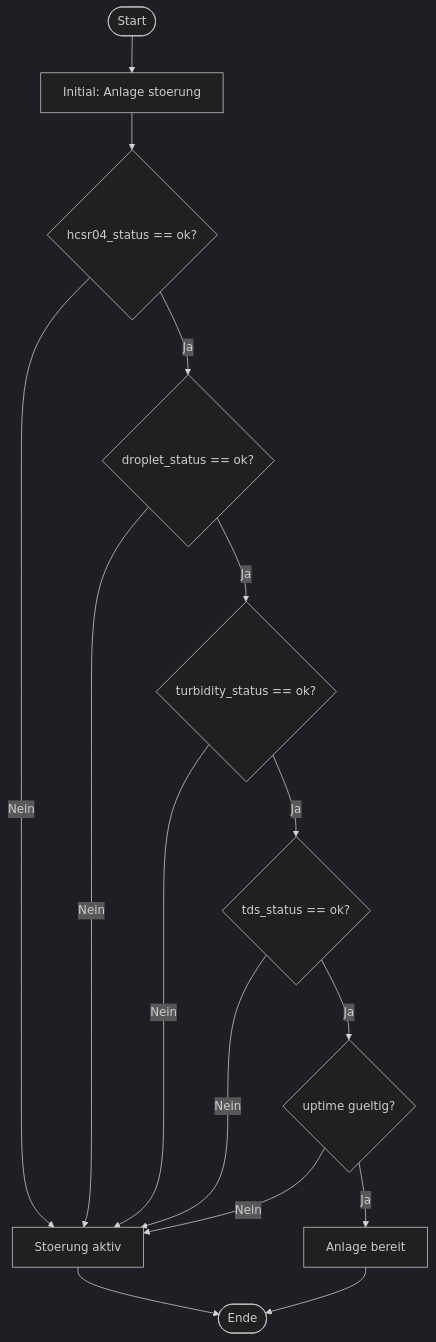
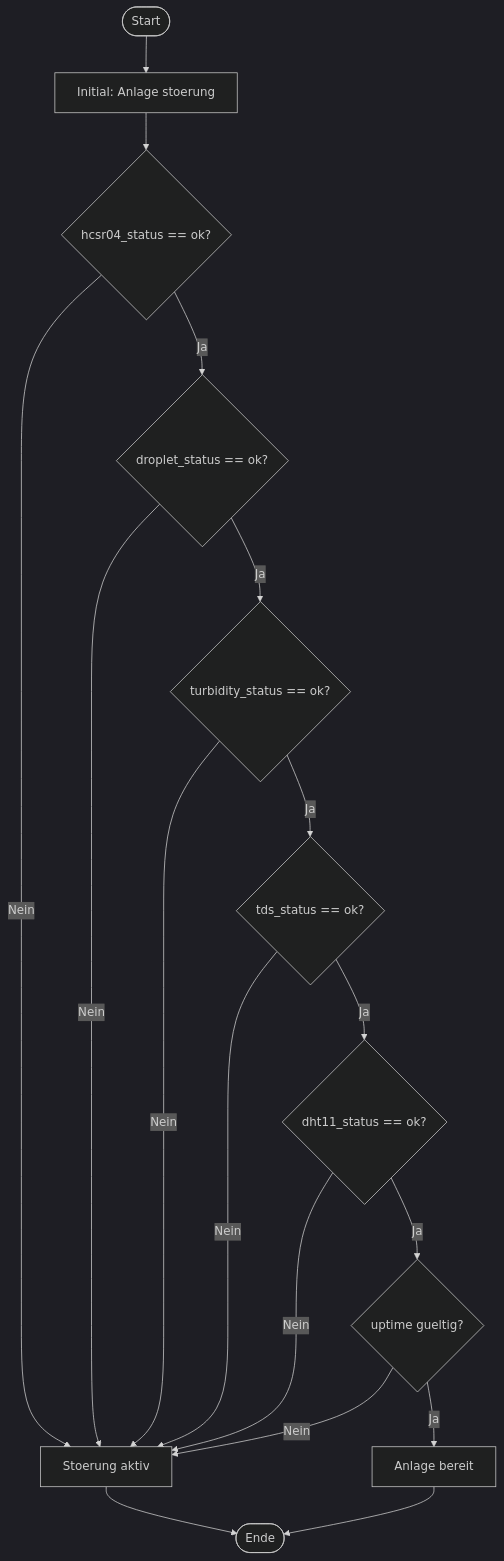
The eighth of 22 diagrams in PROJEKT_ARCHITEKTUR_PLAN.md (HerrnDK/Projekt), drawn with Mermaid (dark theme) before and after one commit. The commit also changed other lines of this file and 13 other files, not shown here.

````diff
--- a/PROJEKT_ARCHITEKTUR_PLAN.md
+++ b/PROJEKT_ARCHITEKTUR_PLAN.md
@@ -151,17 +151,19 @@
 ```mermaid
 flowchart TD
   S([Start]) --> I0["Initial: Anlage stoerung"]
   I0 --> P0{"hcsr04_status == ok?"}
   P0 -- Nein --> F["Stoerung aktiv"]
   P0 -- Ja --> P1{"droplet_status == ok?"}
   P1 -- Nein --> F
   P1 -- Ja --> P2{"turbidity_status == ok?"}
   P2 -- Nein --> F
   P2 -- Ja --> P3{"tds_status == ok?"}
   P3 -- Nein --> F
-  P3 -- Ja --> P4{"uptime gueltig?"}
+  P3 -- Ja --> P4{"dht11_status == ok?"}
   P4 -- Nein --> F
-  P4 -- Ja --> OK["Anlage bereit"]
+  P4 -- Ja --> P5{"uptime gueltig?"}
+  P5 -- Nein --> F
+  P5 -- Ja --> OK["Anlage bereit"]
   F --> E([Ende])
   OK --> E
 ```
````
